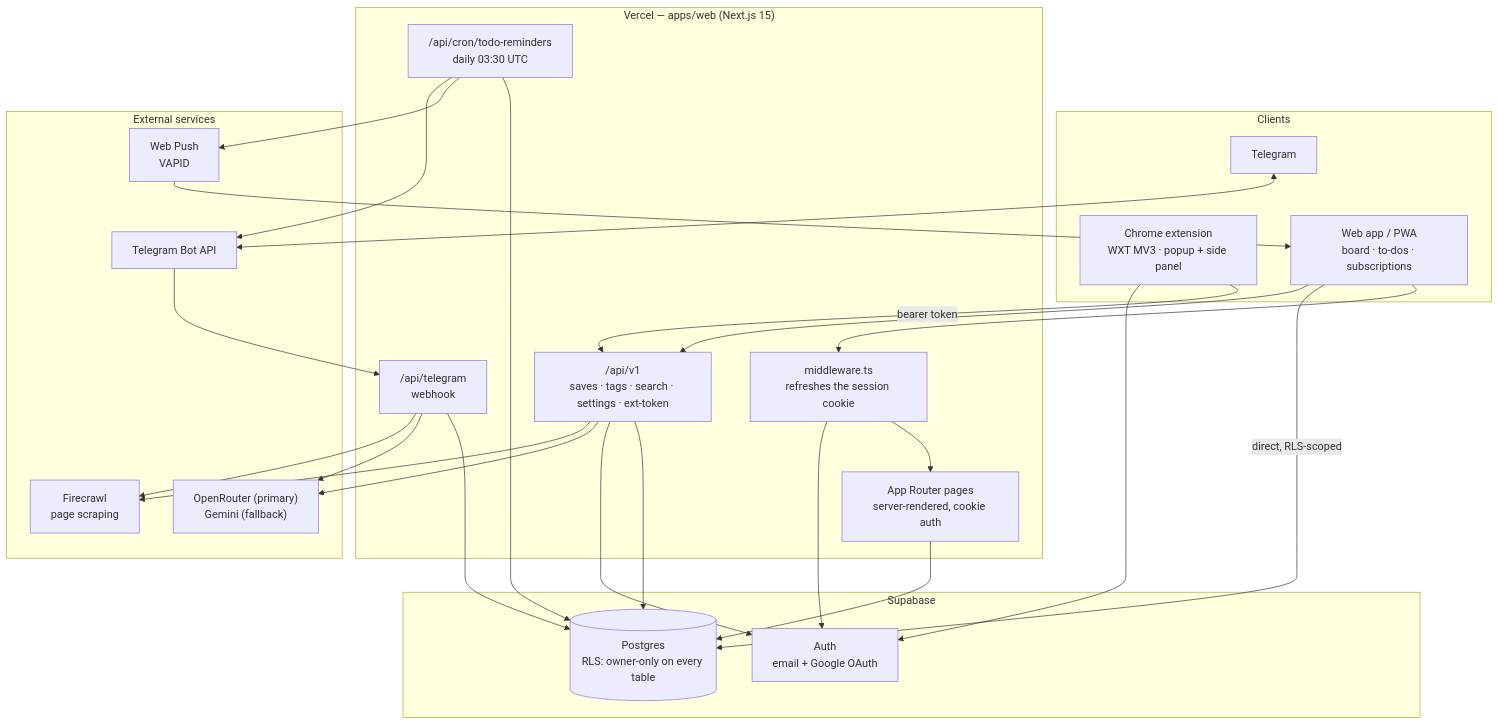
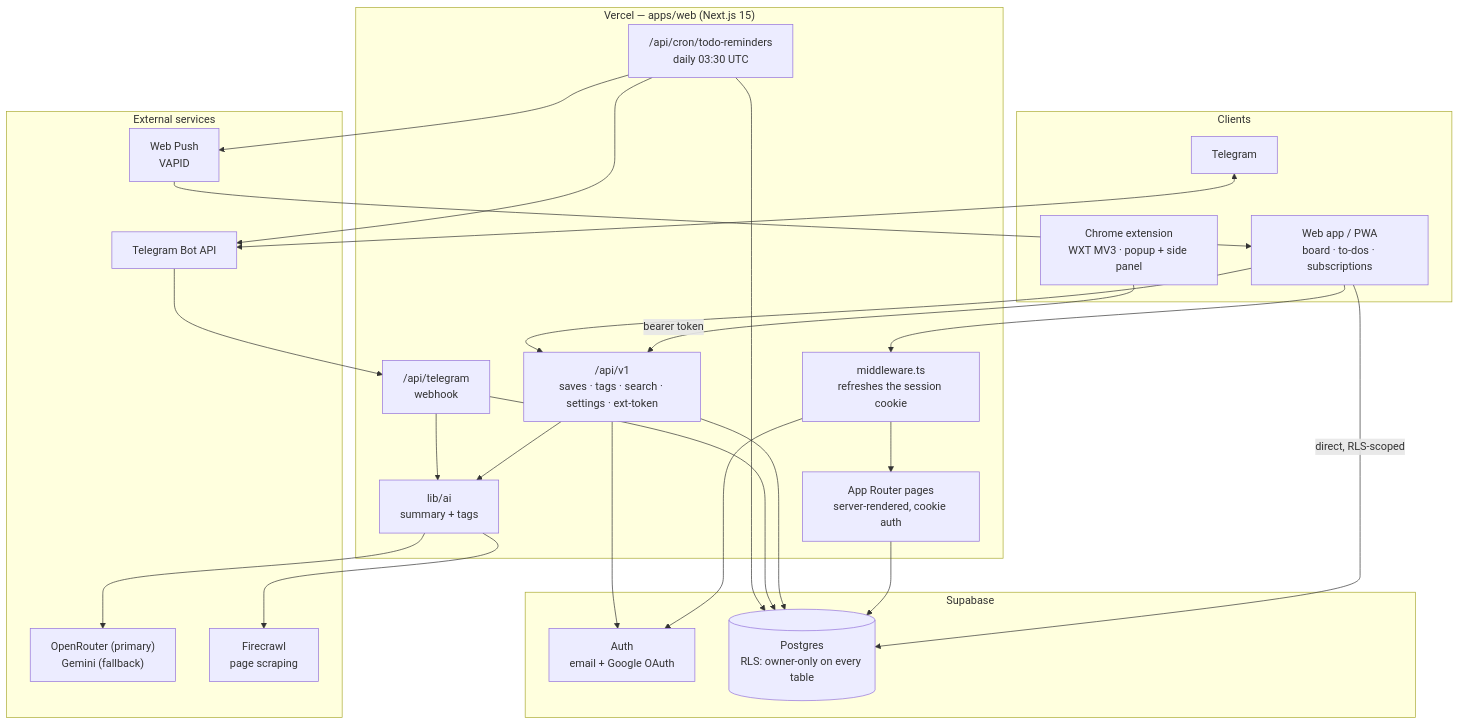
Before and after one commit to ydvSajal/LINK-MEMORY-Extension: the first of 2 diagrams in README.md, drawn with Mermaid. The commit also changed other lines of this file, not shown here.

Commit message:
docs: tidy the architecture diagram
Funnels the AI and Firecrawl calls through the lib/ai node they actually
share, which removes four long crossing edges, and explains the
extension's separate Supabase session in prose instead of a stray arrow.

````diff
--- a/README.md
+++ b/README.md
@@ -9,52 +9,52 @@
 ```mermaid
 flowchart TB
     subgraph clients["Clients"]
         EXT["Chrome extension<br/>WXT MV3 · popup + side panel"]
         PWA["Web app / PWA<br/>board · to-dos · subscriptions"]
         TG["Telegram"]
     end
 
     subgraph vercel["Vercel — apps/web (Next.js 15)"]
         MW["middleware.ts<br/>refreshes the session cookie"]
         PAGES["App Router pages<br/>server-rendered, cookie auth"]
         API["/api/v1<br/>saves · tags · search · settings · ext-token"]
         HOOK["/api/telegram<br/>webhook"]
         CRON["/api/cron/todo-reminders<br/>daily 03:30 UTC"]
+        ENRICH["lib/ai<br/>summary + tags"]
     end
 
     subgraph sb["Supabase"]
         AUTH["Auth<br/>email + Google OAuth"]
         DB[("Postgres<br/>RLS: owner-only on every table")]
     end
 
     subgraph svcs["External services"]
         AI["OpenRouter (primary)<br/>Gemini (fallback)"]
         FC["Firecrawl<br/>page scraping"]
         PUSH["Web Push<br/>VAPID"]
         BOTAPI["Telegram Bot API"]
     end
 
     EXT -->|bearer token| API
     PWA --> MW --> PAGES
     PWA -->|"direct, RLS-scoped"| DB
     PWA --> API
     TG <--> BOTAPI
     BOTAPI --> HOOK
 
     PAGES --> DB
     API --> DB
     HOOK --> DB
     CRON --> DB
 
     MW --> AUTH
     API --> AUTH
-    EXT --> AUTH
 
-    API --> AI
-    API --> FC
-    HOOK --> AI
-    HOOK --> FC
+    API --> ENRICH
+    HOOK --> ENRICH
+    ENRICH --> AI
+    ENRICH --> FC
 
     CRON --> PUSH --> PWA
     CRON --> BOTAPI
 ```
````
